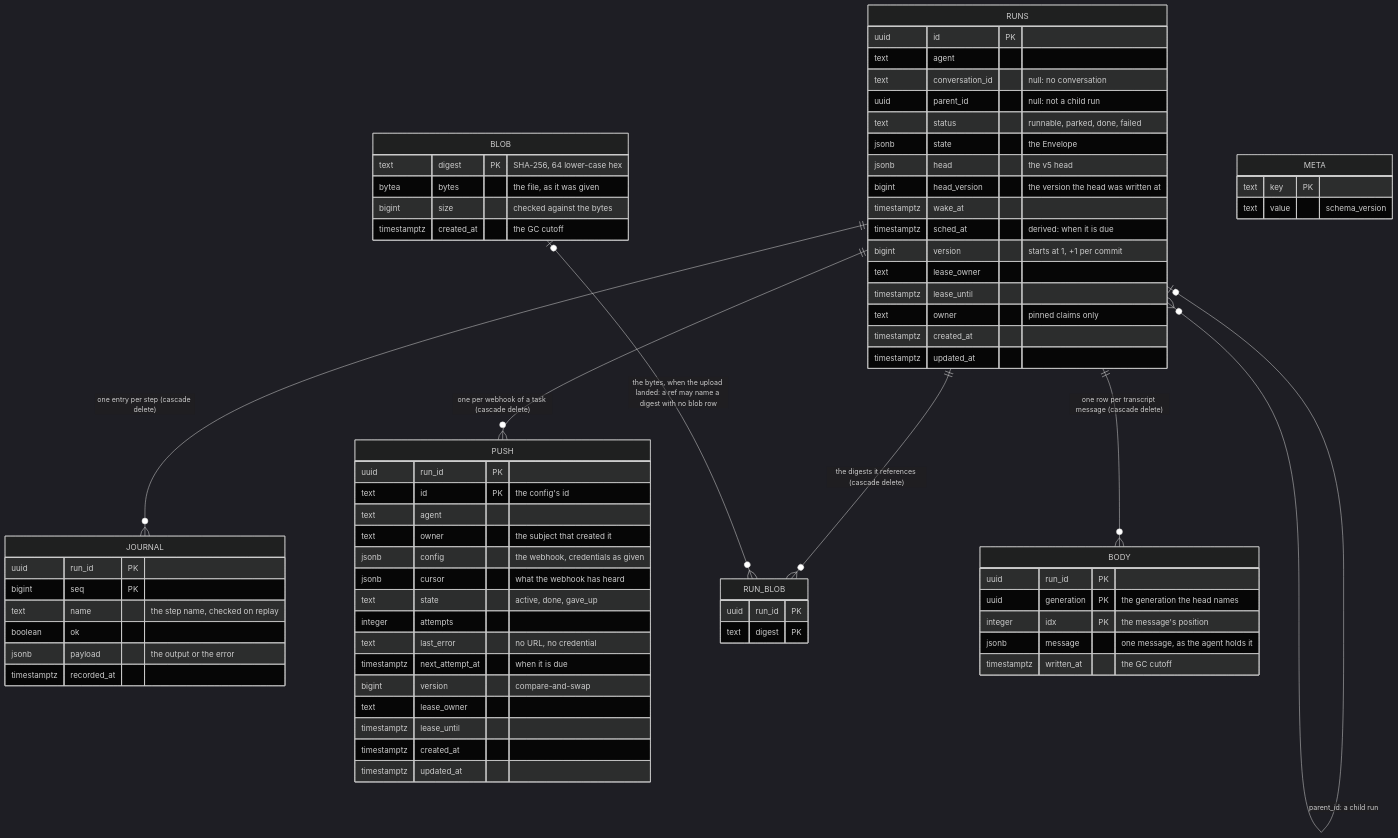
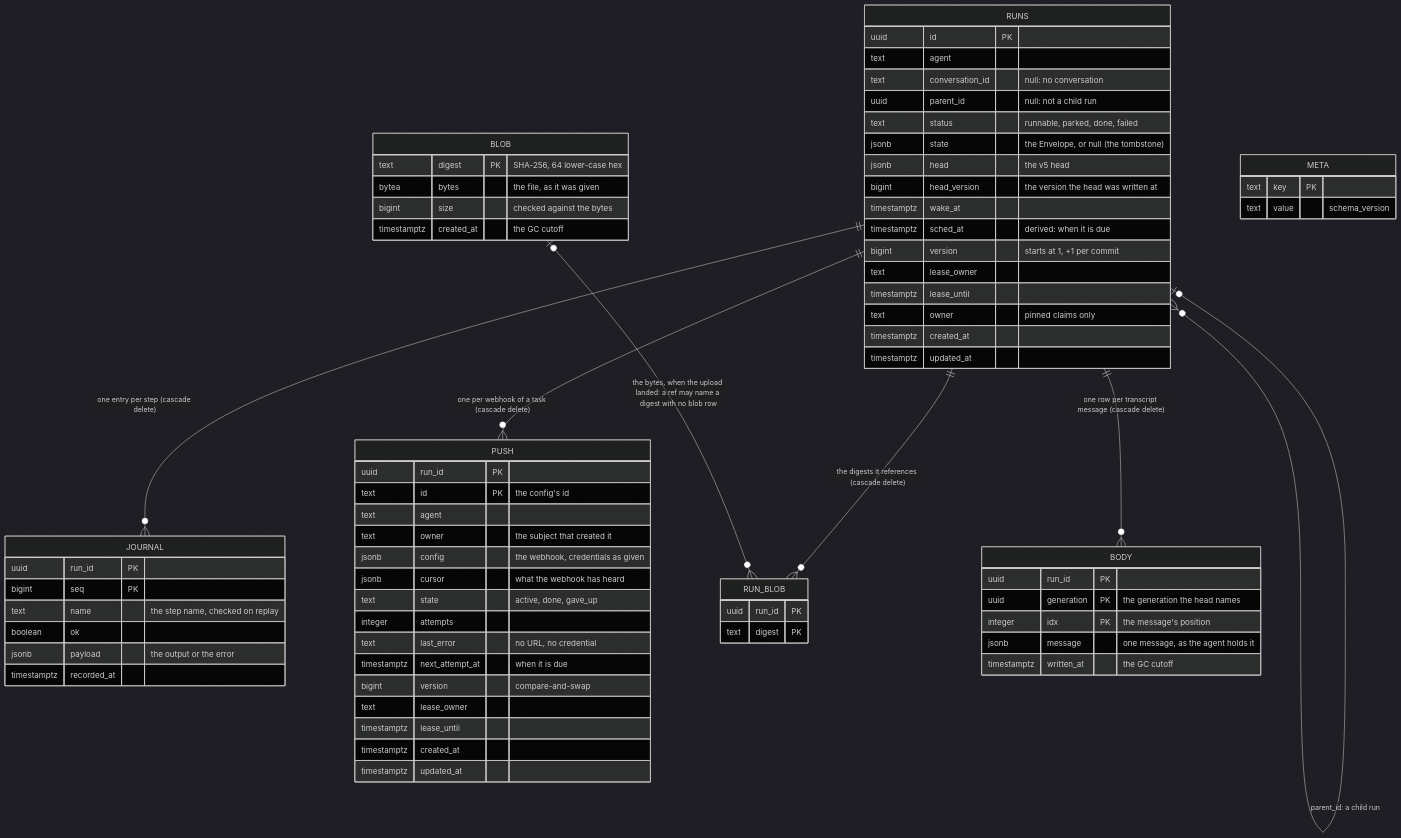
One commit to vymalo/another-adam-rs changed diagram 16 of 26 in docs/architecture.md. Above: the diagram before and after it, drawn with Mermaid (dark theme). The commit also changed other lines of this file and 17 other files, not shown here.

````diff
--- a/docs/architecture.md
+++ b/docs/architecture.md
@@ -919,73 +919,73 @@
 ```mermaid
 erDiagram
     RUNS ||--o{ JOURNAL : "one entry per step (cascade delete)"
     RUNS ||--o{ PUSH : "one per webhook of a task (cascade delete)"
     RUNS ||--o{ RUN_BLOB : "the digests it references (cascade delete)"
     RUNS ||--o{ BODY : "one row per transcript message (cascade delete)"
     BLOB |o--o{ RUN_BLOB : "the bytes, when the upload landed: a ref may name a digest with no blob row"
     RUNS |o--o{ RUNS : "parent_id: a child run"
     RUNS {
         uuid id PK
         text agent
         text conversation_id "null: no conversation"
         uuid parent_id "null: not a child run"
         text status "runnable, parked, done, failed"
-        jsonb state "the Envelope"
+        jsonb state "the Envelope, or null (the tombstone)"
         jsonb head "the v5 head"
         bigint head_version "the version the head was written at"
         timestamptz wake_at
         timestamptz sched_at "derived: when it is due"
         bigint version "starts at 1, +1 per commit"
         text lease_owner
         timestamptz lease_until
         text owner "pinned claims only"
         timestamptz created_at
         timestamptz updated_at
     }
     JOURNAL {
         uuid run_id PK
         bigint seq PK
         text name "the step name, checked on replay"
         boolean ok
         jsonb payload "the output or the error"
         timestamptz recorded_at
     }
     PUSH {
         uuid run_id PK
         text id PK "the config's id"
         text agent
         text owner "the subject that created it"
         jsonb config "the webhook, credentials as given"
         jsonb cursor "what the webhook has heard"
         text state "active, done, gave_up"
         integer attempts
         text last_error "no URL, no credential"
         timestamptz next_attempt_at "when it is due"
         bigint version "compare-and-swap"
         text lease_owner
         timestamptz lease_until
         timestamptz created_at
         timestamptz updated_at
     }
     BLOB {
         text digest PK "SHA-256, 64 lower-case hex"
         bytea bytes "the file, as it was given"
         bigint size "checked against the bytes"
         timestamptz created_at "the GC cutoff"
     }
     RUN_BLOB {
         uuid run_id PK
         text digest PK
     }
     BODY {
         uuid run_id PK
         uuid generation PK "the generation the head names"
         integer idx PK "the message's position"
         jsonb message "one message, as the agent holds it"
         timestamptz written_at "the GC cutoff"
     }
     META {
         text key PK
         text value "schema_version"
     }
 ```
````
